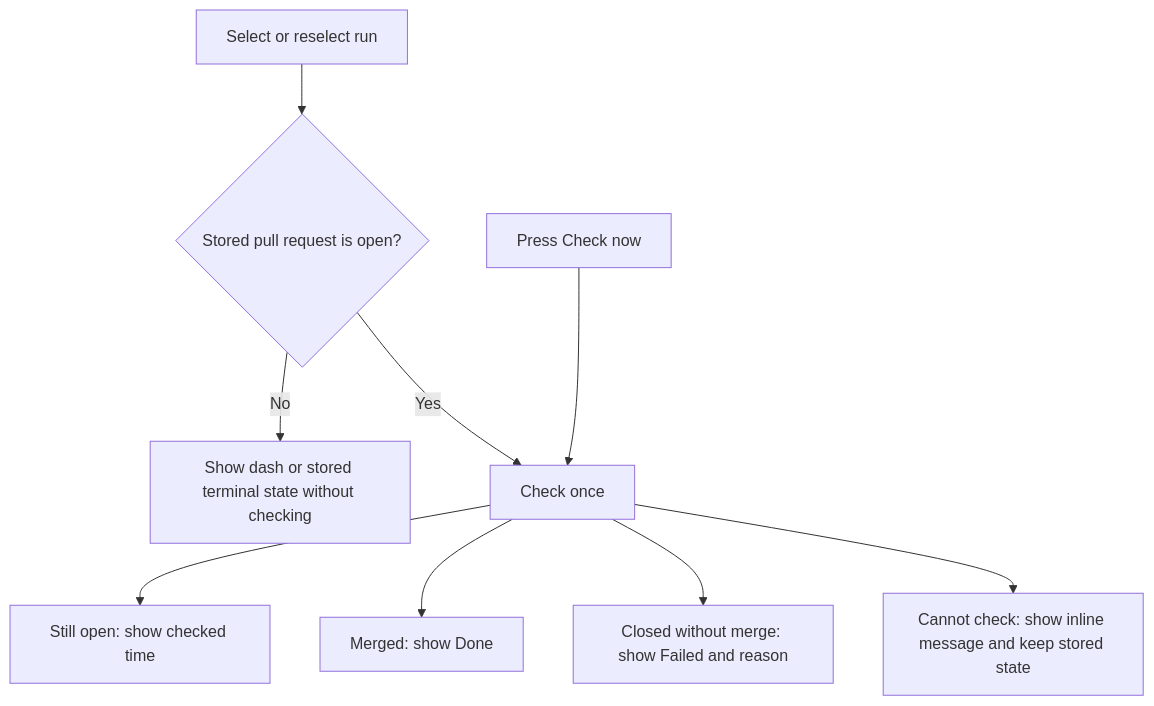
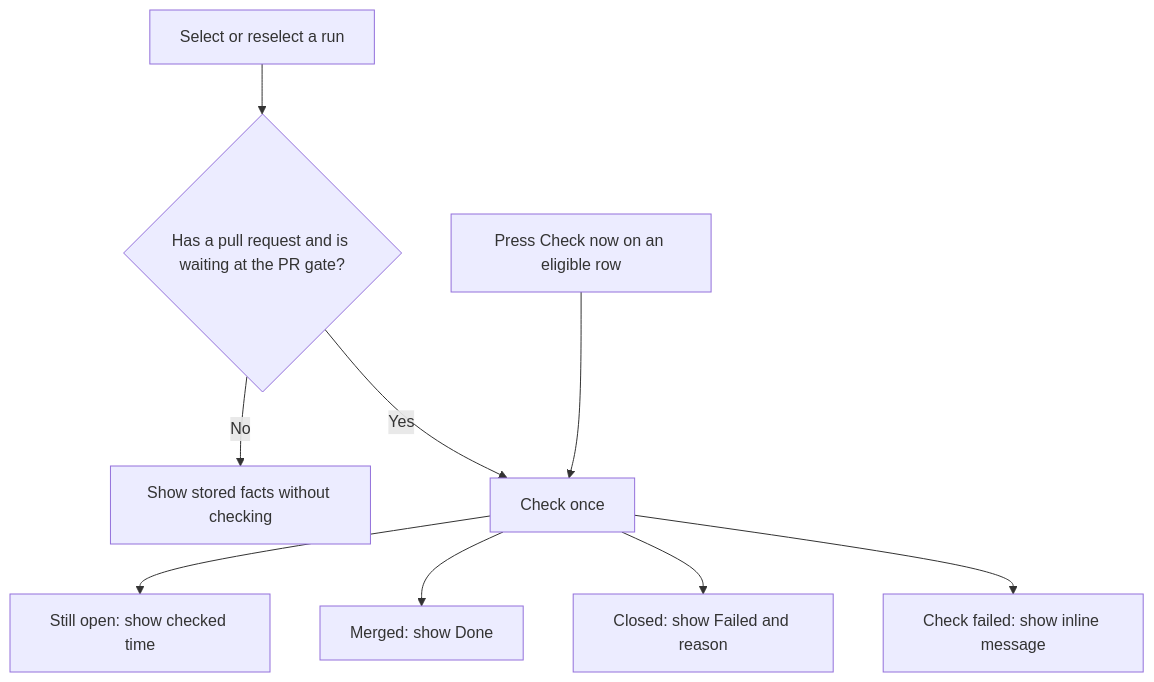
The second of 4 diagrams in context-human/specs/feature-approve-implementation-and-finish-at-the-pull-request.md (markdstafford/autocatalyst), drawn with Mermaid before and after one commit. The commit also changed other lines of this file, not shown here.

Commit message:
docs: revise feature spec approve-implementation-and-finish-at-the-pull-request

````diff
--- a/context-human/specs/feature-approve-implementation-and-finish-at-the-pull-request.md
+++ b/context-human/specs/feature-approve-implementation-and-finish-at-the-pull-request.md
@@ -83,11 +84,11 @@
 ```mermaid
 flowchart TD
-  S[Select or reselect run] --> P{Stored pull request is open?}
-  P -->|No| N[Show dash or stored terminal state without checking]
-  P -->|Yes| C[Check once]
-  M[Press Check now] --> C
+  S[Select or reselect a run] --> G{Has a pull request and is waiting at the PR gate?}
+  G -->|No| N[Show stored facts without checking]
+  G -->|Yes| C[Check once]
+  M[Press Check now on an eligible row] --> C
   C --> O[Still open: show checked time]
   C --> D[Merged: show Done]
-  C --> F[Closed without merge: show Failed and reason]
-  C --> E[Cannot check: show inline message and keep stored state]
+  C --> F[Closed: show Failed and reason]
+  C --> E[Check failed: show inline message]
 ```
````
